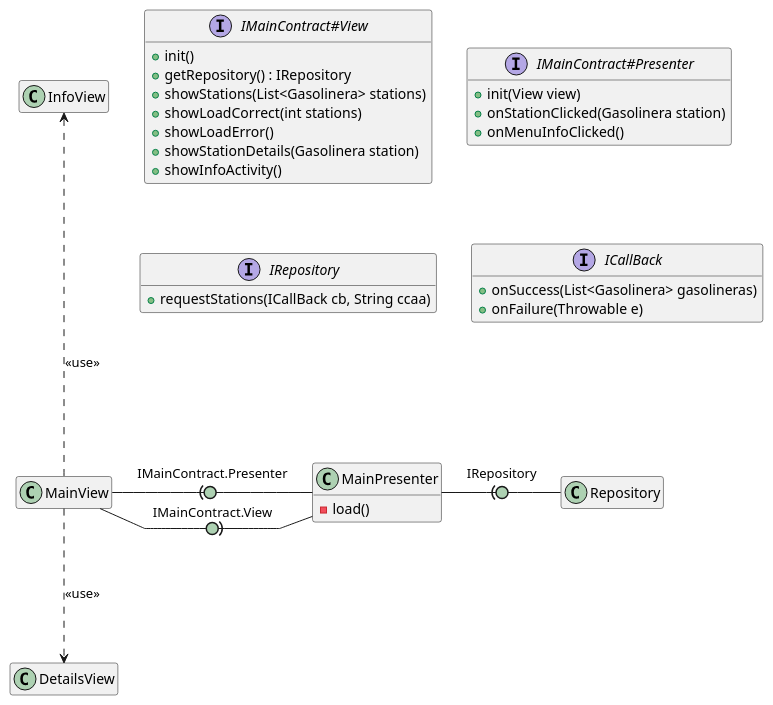
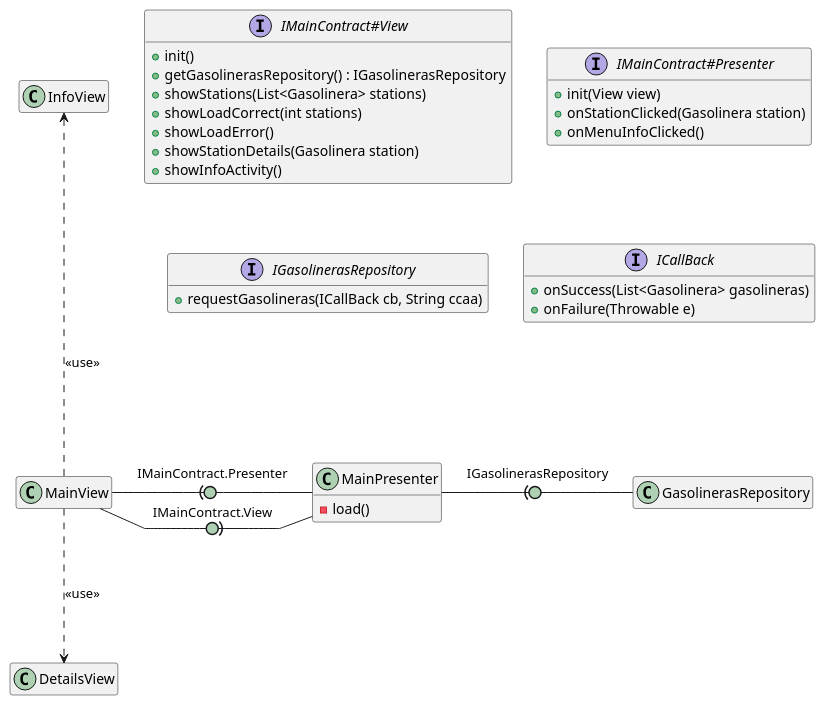
Before and after one commit to isunican/App-Gasolineras-2024: the diagram in Docs/Models/architecture.puml, drawn with PlantUML. The commit also changed 11 other files, not shown here.

```diff
--- a/Docs/Models/architecture.puml
+++ b/Docs/Models/architecture.puml
@@ -1,44 +1,44 @@
 @startuml clases
 
 hide empty members
 skinparam linetype polyline
 skinparam arrowLollipopColor #ADD1B2
 
 MainView -right(0- MainPresenter : IMainContract.Presenter
 MainView -right0)- MainPresenter : IMainContract.View
 MainView -up..-> InfoView : <<use>>
 MainView -down..> DetailsView : <<use>>
-MainPresenter -right(0- Repository : IRepository
+MainPresenter -right(0- GasolinerasRepository : IGasolinerasRepository
 
 
 class MainPresenter {
     -load()
 }
 
 interface IMainContract#View {
     + init()
-    + getRepository() : IRepository
+    + getGasolinerasRepository() : IGasolinerasRepository
     + showStations(List<Gasolinera> stations)
     + showLoadCorrect(int stations)
     + showLoadError()
     + showStationDetails(Gasolinera station)
     + showInfoActivity()
 }
 
 interface IMainContract#Presenter {
     + init(View view)
     + onStationClicked(Gasolinera station)
     + onMenuInfoClicked()
 }
 
-interface IRepository {
-    + requestStations(ICallBack cb, String ccaa)
+interface IGasolinerasRepository {
+    + requestGasolineras(ICallBack cb, String ccaa)
 }
 
 interface ICallBack {
     + onSuccess(List<Gasolinera> gasolineras)
     + onFailure(Throwable e)
 }
 
 
 @enduml
```
